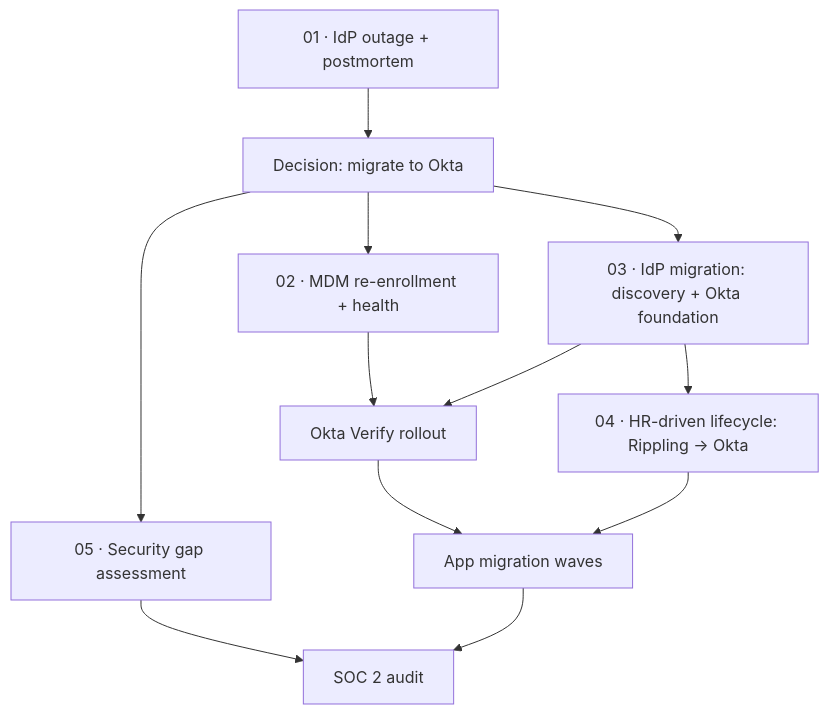
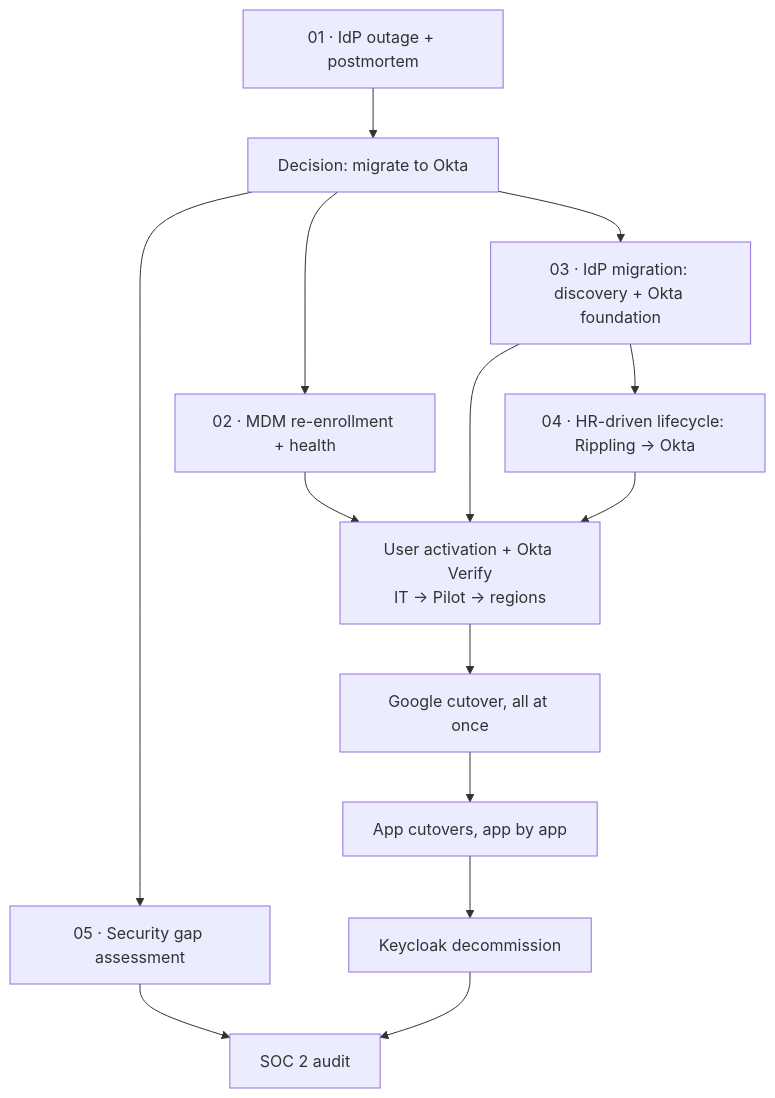
One commit to revoice1/BC-RV-Work-Trial changed the first of 2 diagrams in README.md. Above: the diagram before and after it, drawn with Mermaid. The commit also changed other lines of this file, not shown here.

Commit message:
README: add walkthrough, key decisions log, refresh program flow

````diff
--- a/README.md
+++ b/README.md
@@ -22,14 +52,16 @@
 ```mermaid
 flowchart TD
     A[01 · IdP outage + postmortem] --> B[Decision: migrate to Okta]
     B --> C[02 · MDM re-enrollment + health]
     B --> D[03 · IdP migration: discovery + Okta foundation]
     B --> E[05 · Security gap assessment]
-    C --> F[Okta Verify rollout]
+    C --> F[User activation + Okta Verify<br/>IT → Pilot → regions]
     D --> F
     D --> G[04 · HR-driven lifecycle: Rippling → Okta]
-    F --> H[App migration waves]
-    G --> H
+    F --> GW[Google cutover, all at once]
+    G --> F
+    GW --> H[App cutovers, app by app]
+    H --> K[Keycloak decommission]
     E --> I[SOC 2 audit]
-    H --> I
+    K --> I
 ```
````
